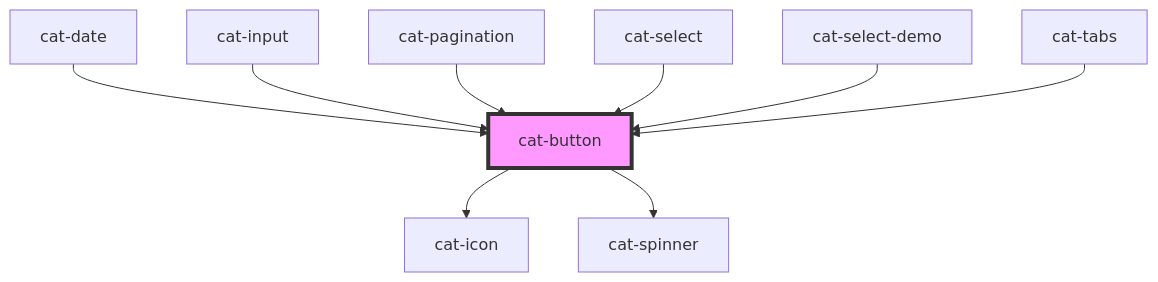
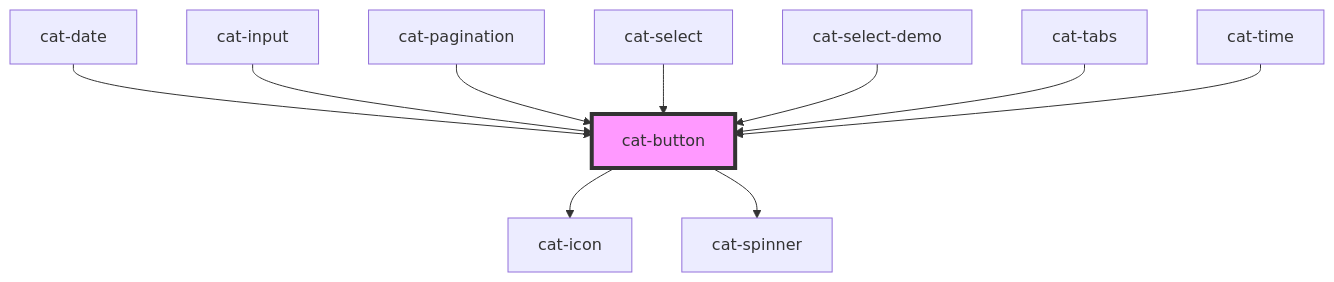
Before and after one commit to haiilo/catalyst: the diagram in core/src/components/cat-button/readme.md, drawn with Mermaid. The commit also changed other lines of this file and 11 other files, not shown here.

````diff
--- a/core/src/components/cat-button/readme.md
+++ b/core/src/components/cat-button/readme.md
@@ -116,12 +117,13 @@
 ```mermaid
 graph TD;
   cat-button --> cat-icon
   cat-button --> cat-spinner
   cat-date --> cat-button
   cat-input --> cat-button
   cat-pagination --> cat-button
   cat-select --> cat-button
   cat-select-demo --> cat-button
   cat-tabs --> cat-button
+  cat-time --> cat-button
   style cat-button fill:#f9f,stroke:#333,stroke-width:4px
 ```
````
